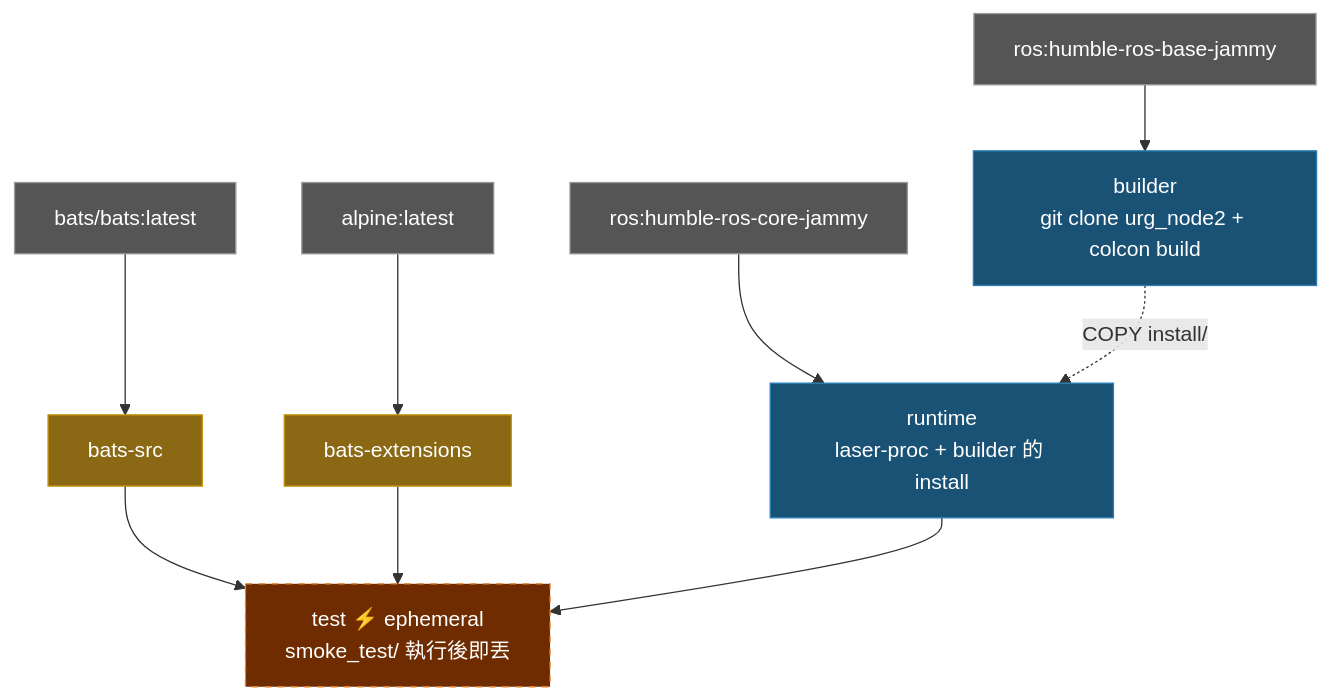
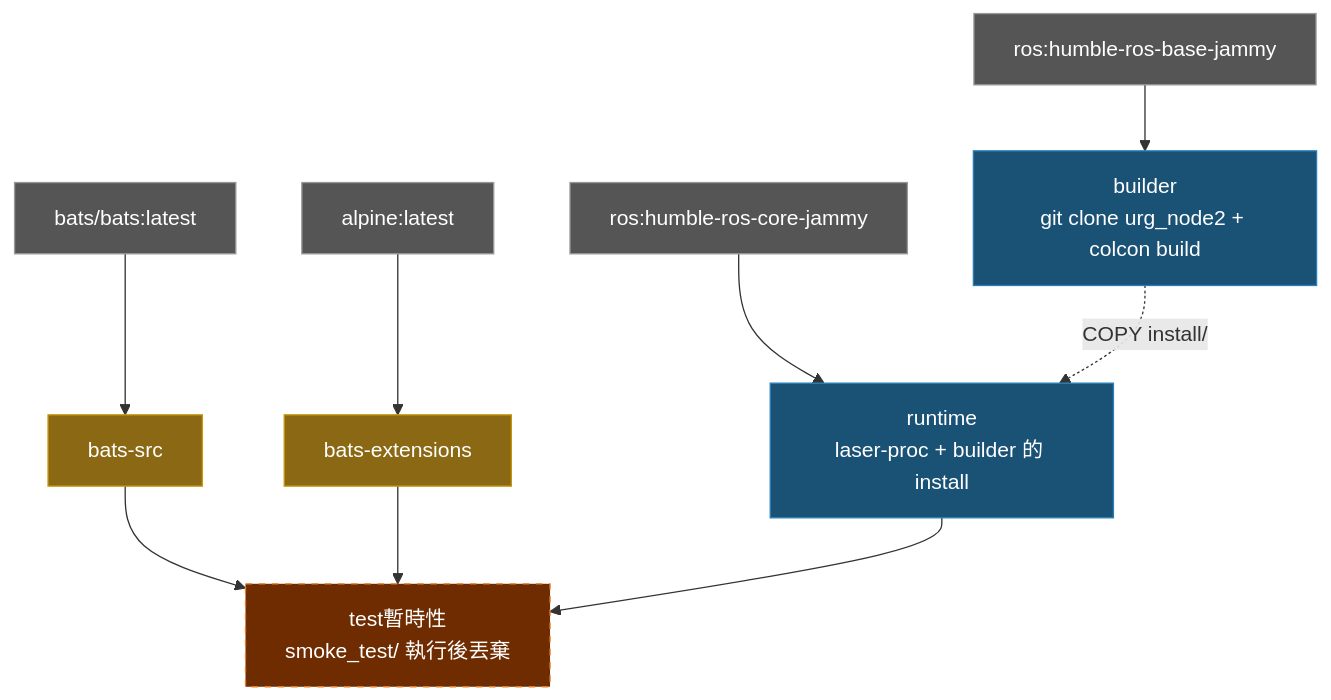
The diagram in doc/README.zh-TW.md (ycpss91255-docker/urg_node2), drawn with Mermaid before and after one commit. The commit also changed 3 other files, not shown here.

Commit message:
docs: remove ⚡ emoji and translate ephemeral in architecture diagrams

````diff
--- a/doc/README.zh-TW.md
+++ b/doc/README.zh-TW.md
@@ -96,24 +96,24 @@
 ```mermaid
 graph TD
     EXT1["bats/bats:latest"]:::external
     EXT2["alpine:latest"]:::external
     EXT3["ros:humble-ros-base-jammy"]:::external
     EXT4["ros:humble-ros-core-jammy"]:::external
 
     EXT1 --> bats-src["bats-src"]:::tool
     EXT2 --> bats-ext["bats-extensions"]:::tool
 
     EXT3 --> builder["builder\ngit clone urg_node2 + colcon build"]:::stage
 
     EXT4 --> runtime["runtime\nlaser-proc + builder 的 install"]:::stage
     builder -.->|COPY install/| runtime
 
-    bats-src --> test["test  ⚡ ephemeral\nsmoke_test/ 執行後即丟"]:::ephemeral
+    bats-src --> test["test暫時性\nsmoke_test/ 執行後丟棄"]:::ephemeral
     bats-ext --> test
     runtime --> test
 
     classDef external fill:#555,color:#fff,stroke:#999
     classDef tool fill:#8B6914,color:#fff,stroke:#c8960c
     classDef stage fill:#1a5276,color:#fff,stroke:#2980b9
     classDef ephemeral fill:#6e2c00,color:#fff,stroke:#e67e22,stroke-dasharray:5 5
 ```
````
